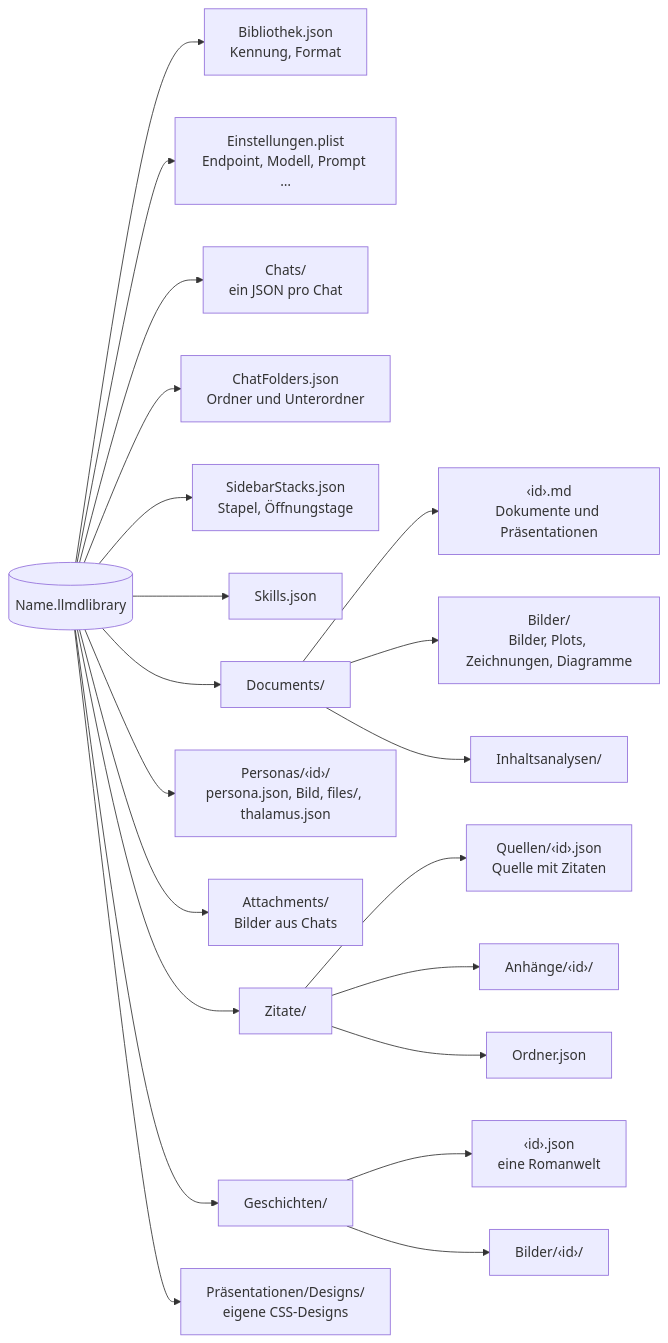
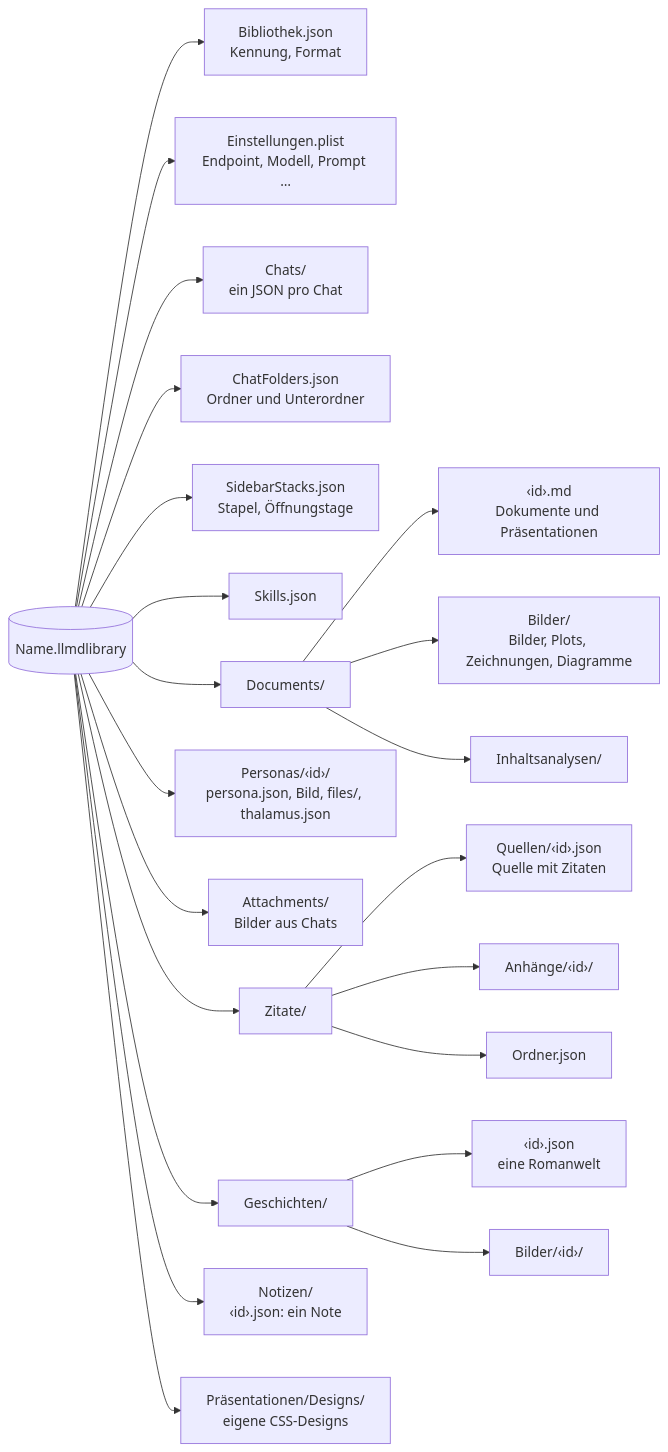
Before and after one commit to AlexEhrenberger/LLMDesigner: the diagram in docs/speicherformate.md, drawn with Mermaid. The commit also changed other lines of this file and 37 other files, not shown here.

````diff
--- a/docs/speicherformate.md
+++ b/docs/speicherformate.md
@@ -14,23 +14,24 @@
 ```mermaid
 flowchart LR
     L[("Name.llmdlibrary")] --> B["Bibliothek.json<br/>Kennung, Format"]
     L --> E["Einstellungen.plist<br/>Endpoint, Modell, Prompt …"]
     L --> CH["Chats/<br/>ein JSON pro Chat"]
     L --> CF["ChatFolders.json<br/>Ordner und Unterordner"]
     L --> ST["SidebarStacks.json<br/>Stapel, Öffnungstage"]
     L --> SK["Skills.json"]
     L --> D["Documents/"]
     D --> DM["‹id›.md<br/>Dokumente und Präsentationen"]
     D --> BI["Bilder/<br/>Bilder, Plots, Zeichnungen, Diagramme"]
     D --> IA["Inhaltsanalysen/"]
     L --> PE["Personas/‹id›/<br/>persona.json, Bild, files/, thalamus.json"]
     L --> AT["Attachments/<br/>Bilder aus Chats"]
     L --> Z["Zitate/"]
     Z --> ZQ["Quellen/‹id›.json<br/>Quelle mit Zitaten"]
     Z --> ZA["Anhänge/‹id›/"]
     Z --> ZO["Ordner.json"]
     L --> G["Geschichten/"]
     G --> GW["‹id›.json<br/>eine Romanwelt"]
     G --> GB["Bilder/‹id›/"]
+    L --> N["Notizen/<br/>‹id›.json: ein Note"]
     L --> PD["Präsentationen/Designs/<br/>eigene CSS-Designs"]
 ```
````
